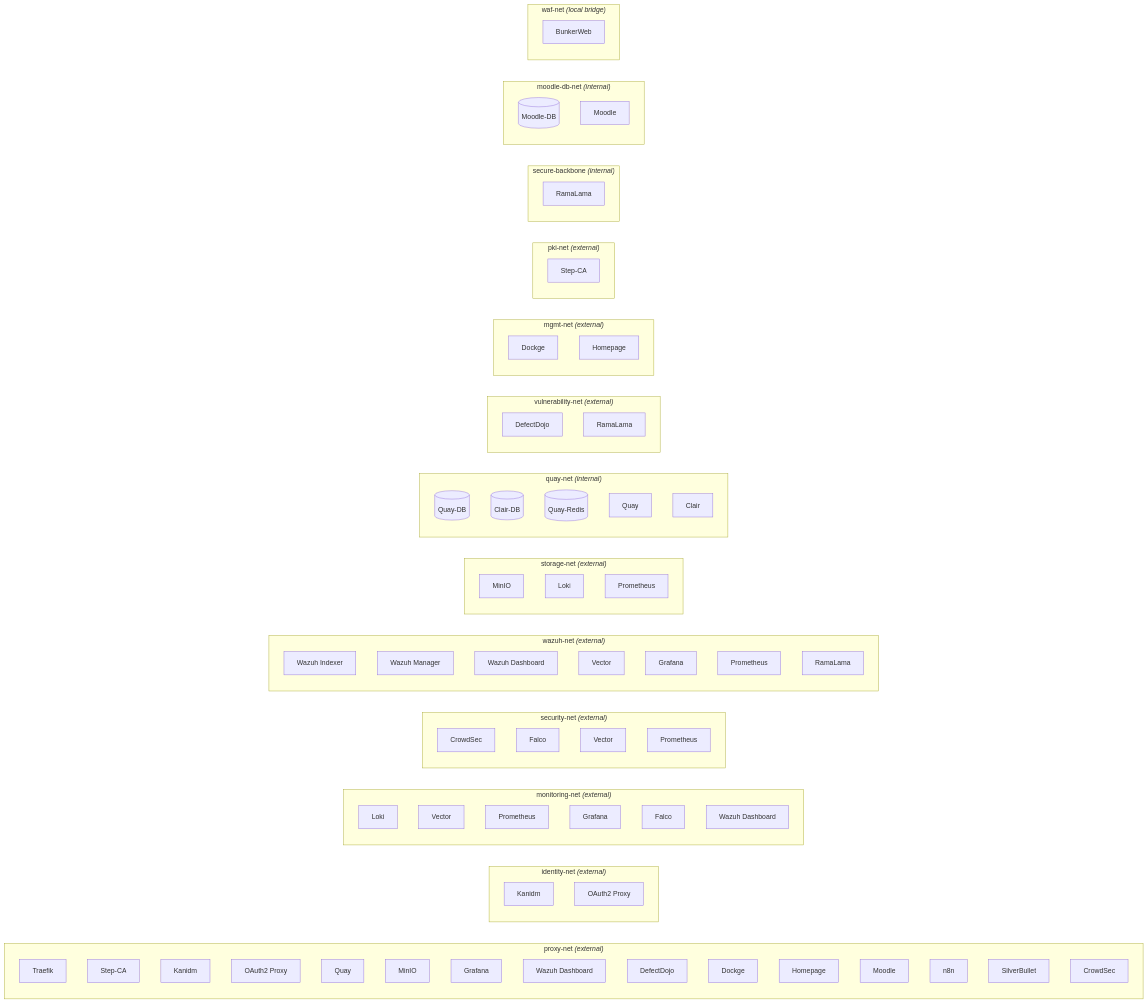
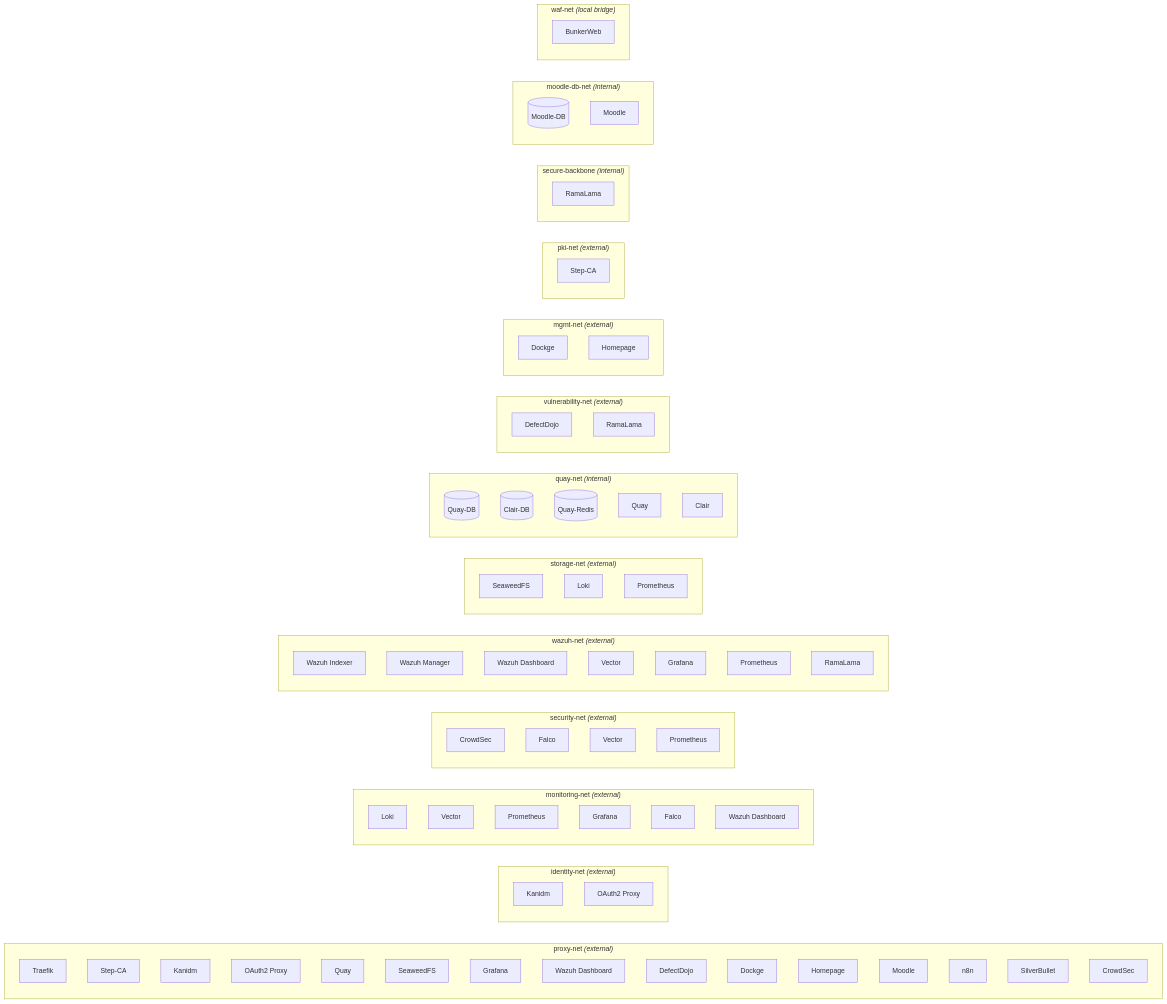
One commit to GeoDerp/Geo-Brain changed the second of 3 diagrams in GEMINI.md. Above: the diagram before and after it, drawn with Mermaid. The commit also changed other lines of this file and 4 other files, not shown here.

```diff
--- a/GEMINI.md
+++ b/GEMINI.md
@@ -197,7 +197,7 @@
         KANIDM_N2[Kanidm]
         O2P_N[OAuth2 Proxy]
         QUAY_N[Quay]
-        MINIO_N[MinIO]
+        MINIO_N[SeaweedFS]
         GRAFANA_N[Grafana]
         WAZDASH_N[Wazuh Dashboard]
         DOJO_N[DefectDojo]
@@ -241,7 +241,7 @@
     end
 
     subgraph "storage-net <i>(external)</i>"
-        MINIO_S[MinIO]
+        MINIO_S[SeaweedFS]
         LOKI_S[Loki]
         PROMETHEUS_ST[Prometheus]
     end
```
